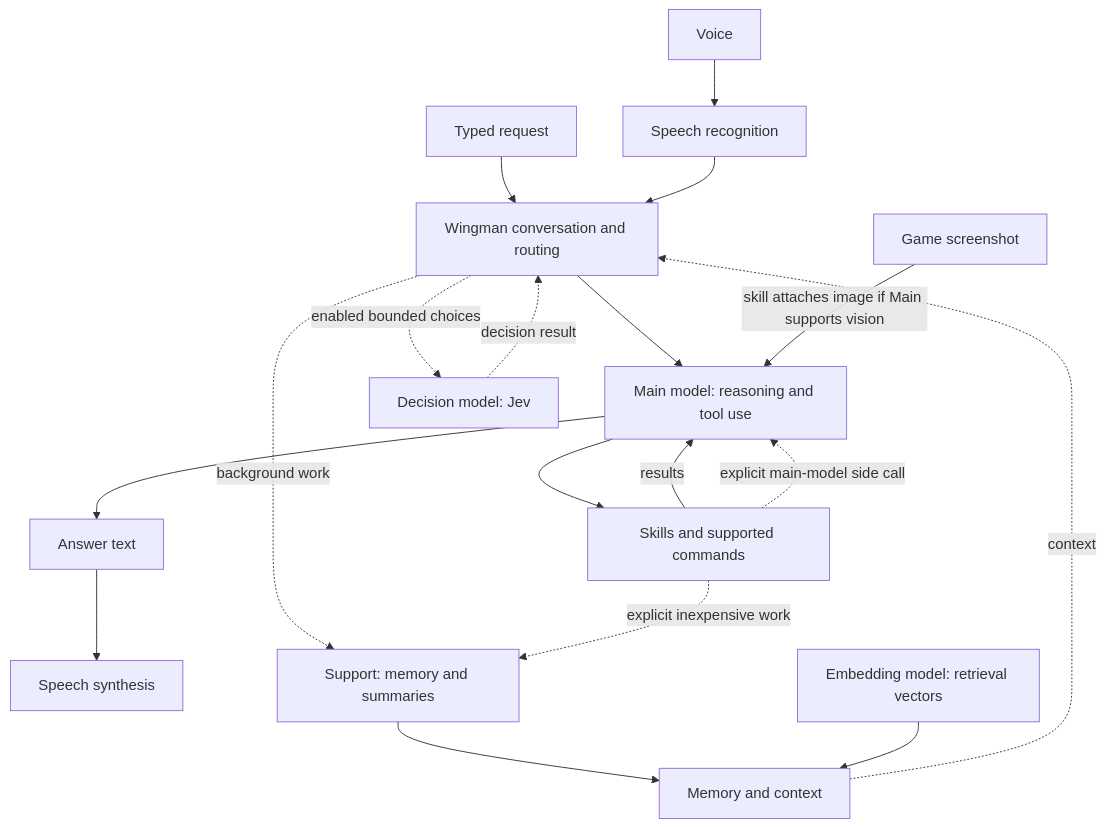
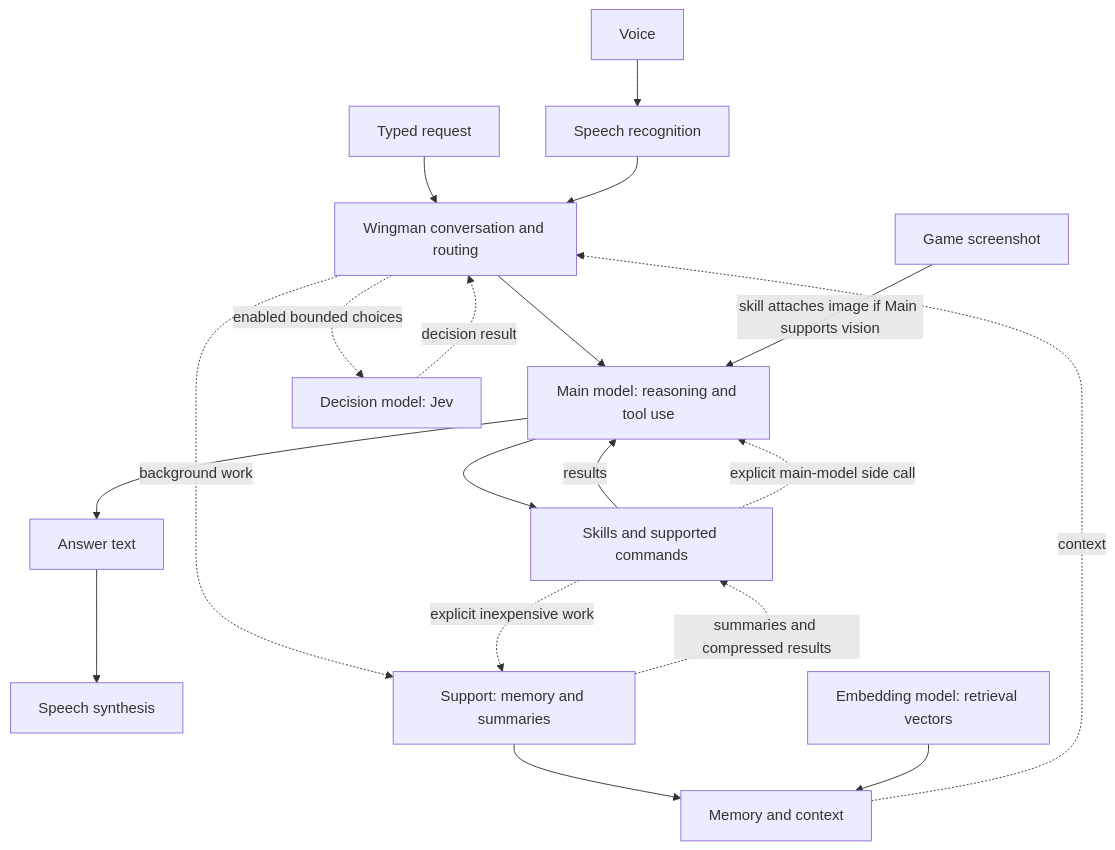
The diagram in docs/diagrams/WINGMAN-MODEL-ROLES.mmd (Fowlplaychiken/SC-Wingman-API-Waterfall), drawn with Mermaid before and after one commit. The commit also changed 6 other files, not shown here.

```diff
--- a/docs/diagrams/WINGMAN-MODEL-ROLES.mmd
+++ b/docs/diagrams/WINGMAN-MODEL-ROLES.mmd
@@ -1,18 +1,19 @@
 flowchart TD
   voice[Voice] --> stt[Speech recognition]
   text[Typed request] --> core[Wingman conversation and routing]
   stt --> core
   core --> main[Main model: reasoning and tool use]
   main --> tools[Skills and supported commands]
   tools -->|results| main
   main --> reply[Answer text]
   reply --> tts[Speech synthesis]
   core -. background work .-> support[Support: memory and summaries]
   tools -. explicit inexpensive work .-> support
+  support -. summaries and compressed results .-> tools
   tools -. explicit main-model side call .-> main
   core -. enabled bounded choices .-> jev[Decision model: Jev]
   jev -. decision result .-> core
   support --> memory[Memory and context]
   embedding[Embedding model: retrieval vectors] --> memory
   memory -. context .-> core
   screen[Game screenshot] -->|skill attaches image if Main supports vision| main
```
